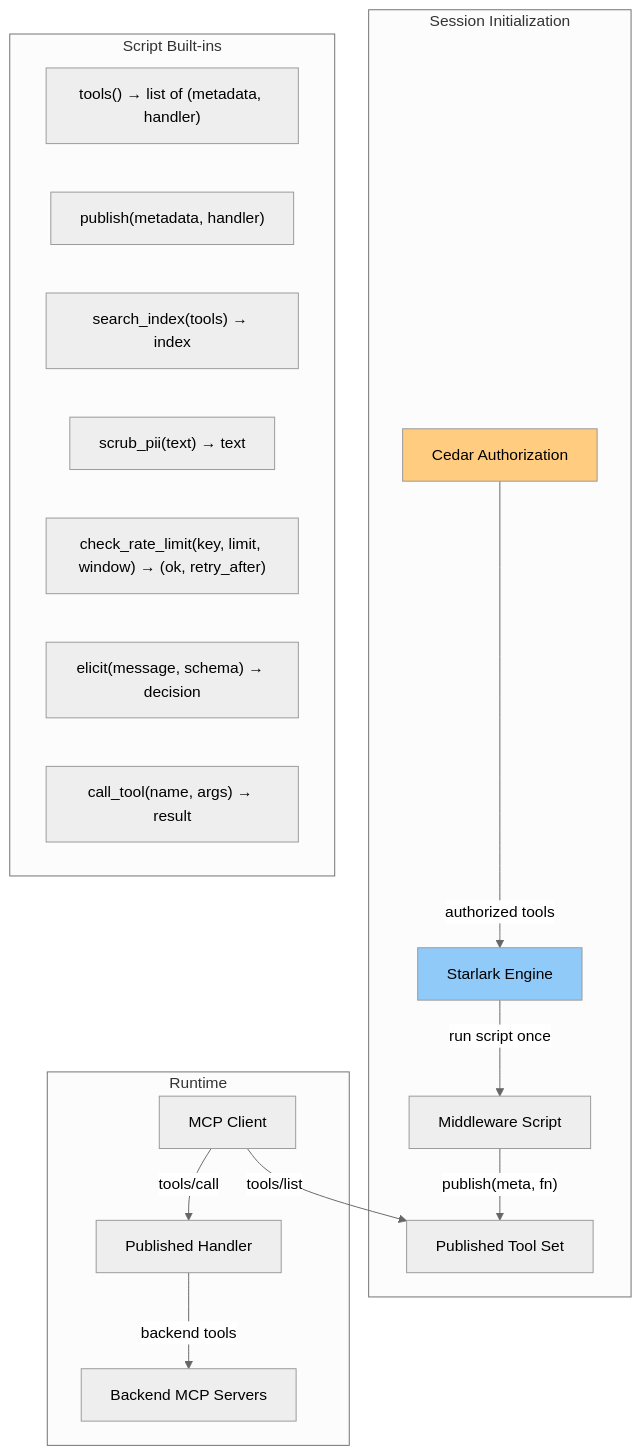
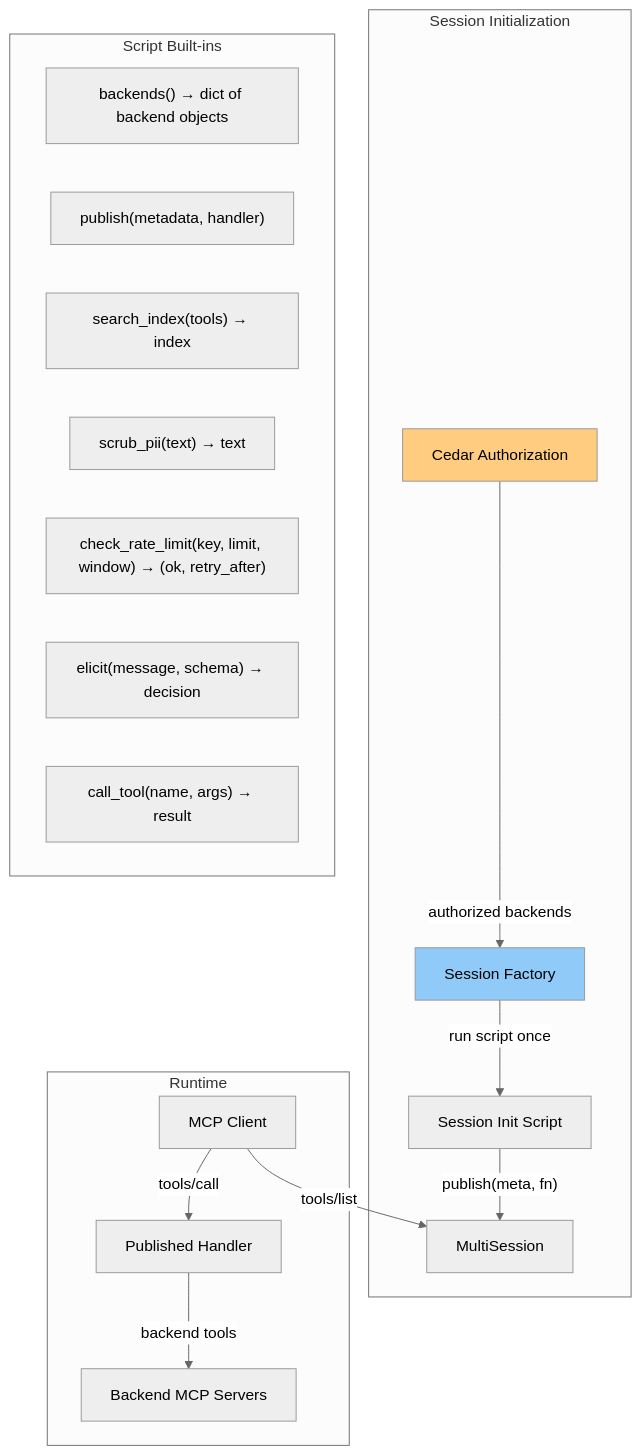
Before and after one commit to stacklok/toolhive-rfcs: the first of 2 diagrams in rfcs/THV-0059-starlark-programmable-middleware.md, drawn with Mermaid (neutral theme). The commit also changed other lines of this file, not shown here.

````diff
--- a/rfcs/THV-0059-starlark-programmable-middleware.md
+++ b/rfcs/THV-0059-starlark-programmable-middleware.md
@@ -79,27 +80,27 @@
 ```mermaid
 flowchart TB
     subgraph "Session Initialization"
-        Cedar[Cedar Authorization] -->|authorized tools| Engine[Starlark Engine]
-        Engine -->|run script once| Script[Middleware Script]
-        Script -->|"publish(meta, fn)"| Published[Published Tool Set]
+        Cedar[Cedar Authorization] -->|authorized backends| Factory[Session Factory]
+        Factory -->|run script once| Script[Session Init Script]
+        Script -->|"publish(meta, fn)"| Session[MultiSession]
     end
 
     subgraph "Script Built-ins"
-        tools_fn["tools() → list of (metadata, handler)"]
+        backends_fn["backends() → dict of backend objects"]
         publish_fn["publish(metadata, handler)"]
         search_fn["search_index(tools) → index"]
         scrub_fn["scrub_pii(text) → text"]
         rate_fn["check_rate_limit(key, limit, window) → (ok, retry_after)"]
         elicit_fn["elicit(message, schema) → decision"]
         call_fn["call_tool(name, args) → result"]
     end
 
     subgraph "Runtime"
-        Agent[MCP Client] -->|tools/list| Published
+        Agent[MCP Client] -->|tools/list| Session
         Agent -->|tools/call| Handler[Published Handler]
         Handler -->|backend tools| Backend[Backend MCP Servers]
     end
 
-    style Engine fill:#90caf9
+    style Factory fill:#90caf9
     style Cedar fill:#ffcc80
 ```
````
